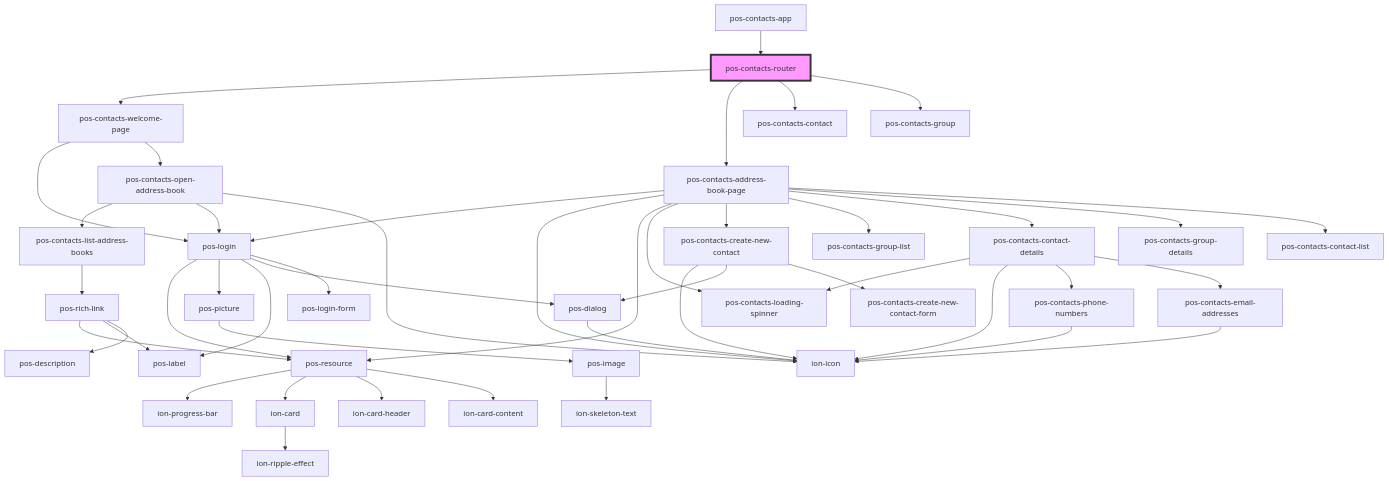
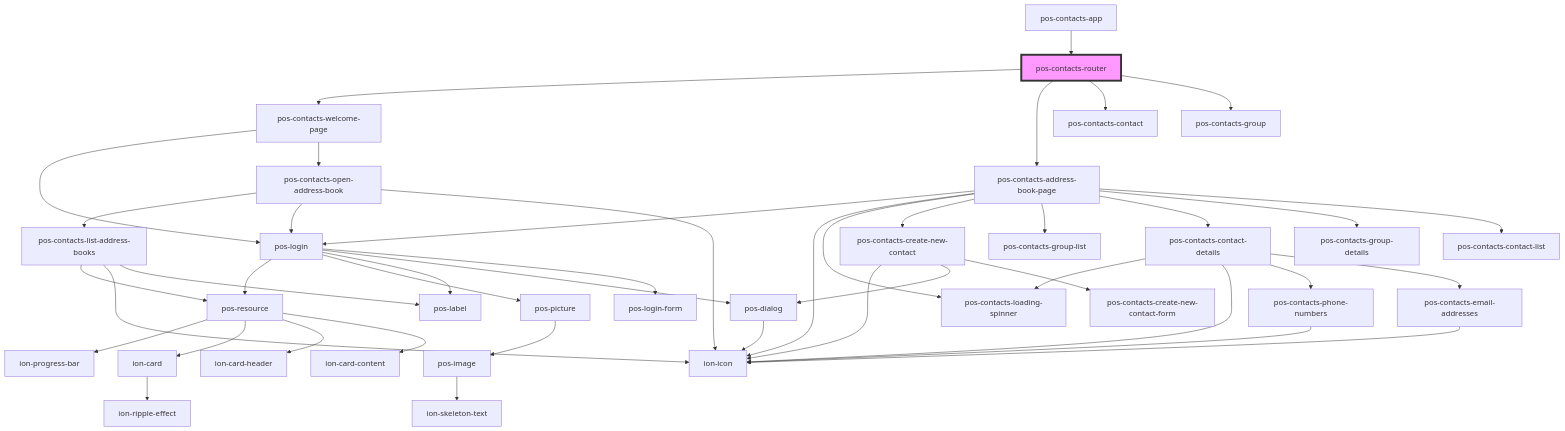
Before and after one commit to pod-os/PodOS: the diagram in contacts/src/components/router/readme.md, drawn with Mermaid. The commit also changed 4 other files, not shown here.

````diff
--- a/contacts/src/components/router/readme.md
+++ b/contacts/src/components/router/readme.md
@@ -22,49 +22,47 @@
 ```mermaid
 graph TD;
   pos-contacts-router --> pos-contacts-welcome-page
   pos-contacts-router --> pos-contacts-address-book-page
   pos-contacts-router --> pos-contacts-contact
   pos-contacts-router --> pos-contacts-group
   pos-contacts-welcome-page --> pos-login
   pos-contacts-welcome-page --> pos-contacts-open-address-book
   pos-login --> pos-resource
   pos-login --> pos-picture
   pos-login --> pos-label
   pos-login --> pos-dialog
   pos-login --> pos-login-form
   pos-resource --> ion-progress-bar
   pos-resource --> ion-card
   pos-resource --> ion-card-header
   pos-resource --> ion-card-content
   ion-card --> ion-ripple-effect
   pos-picture --> pos-image
   pos-image --> ion-skeleton-text
   pos-dialog --> ion-icon
   pos-contacts-open-address-book --> pos-contacts-list-address-books
   pos-contacts-open-address-book --> pos-login
   pos-contacts-open-address-book --> ion-icon
-  pos-contacts-list-address-books --> pos-rich-link
-  pos-rich-link --> pos-resource
-  pos-rich-link --> pos-label
-  pos-rich-link --> pos-description
+  pos-contacts-list-address-books --> pos-resource
+  pos-contacts-list-address-books --> ion-icon
+  pos-contacts-list-address-books --> pos-label
   pos-contacts-address-book-page --> pos-login
   pos-contacts-address-book-page --> ion-icon
-  pos-contacts-address-book-page --> pos-resource
   pos-contacts-address-book-page --> pos-contacts-loading-spinner
   pos-contacts-address-book-page --> pos-contacts-create-new-contact
   pos-contacts-address-book-page --> pos-contacts-group-list
   pos-contacts-address-book-page --> pos-contacts-contact-details
   pos-contacts-address-book-page --> pos-contacts-group-details
   pos-contacts-address-book-page --> pos-contacts-contact-list
   pos-contacts-create-new-contact --> ion-icon
   pos-contacts-create-new-contact --> pos-dialog
   pos-contacts-create-new-contact --> pos-contacts-create-new-contact-form
   pos-contacts-contact-details --> pos-contacts-loading-spinner
   pos-contacts-contact-details --> ion-icon
   pos-contacts-contact-details --> pos-contacts-phone-numbers
   pos-contacts-contact-details --> pos-contacts-email-addresses
   pos-contacts-phone-numbers --> ion-icon
   pos-contacts-email-addresses --> ion-icon
   pos-contacts-app --> pos-contacts-router
   style pos-contacts-router fill:#f9f,stroke:#333,stroke-width:4px
 ```
````
